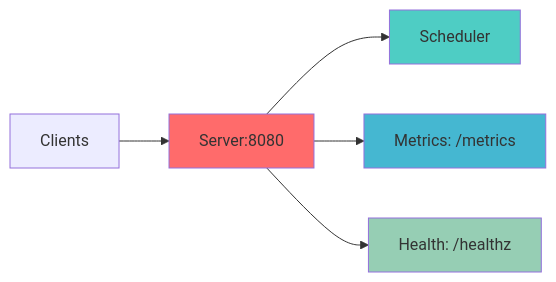
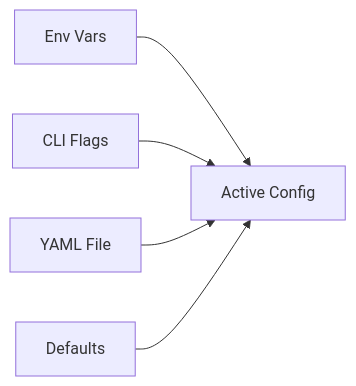
The second of 2 diagrams in docs/CONFIG_REFERENCE.md (vjsingh1984/inferflux), drawn with Mermaid before and after one commit. The commit also changed other lines of this file and 161 other files, not shown here.

````diff
--- a/docs/CONFIG_REFERENCE.md
+++ b/docs/CONFIG_REFERENCE.md
@@ -86,12 +51,7 @@
 ```mermaid
-graph LR
-    A[Clients] --> B[Server:8080]
-    B --> C[Scheduler]
-    B --> D[Metrics: /metrics]
-    B --> E[Health: /healthz]
-
-    style B fill:#ff6b6b
-    style C fill:#4ecdc4
-    style D fill:#45b7d1
-    style E fill:#96ceb4
+flowchart LR
+    A[Env Vars] --> D[Active Config]
+    B[CLI Flags] --> D
+    C[YAML File] --> D
+    E[Defaults] --> D
 ```
````
